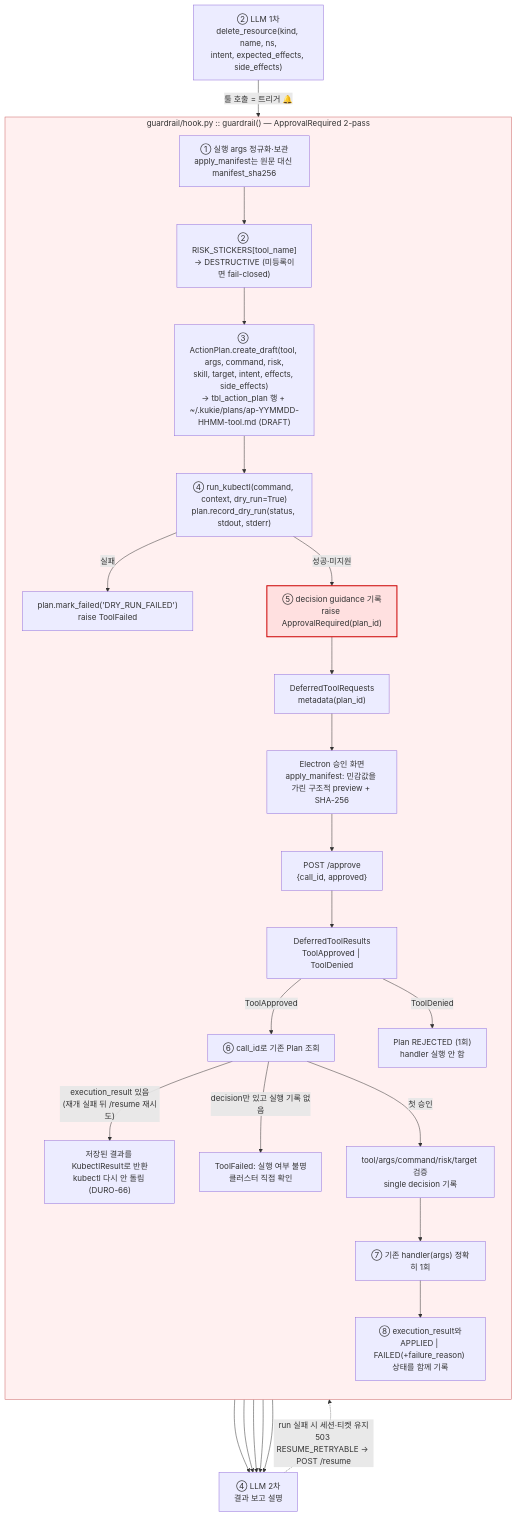
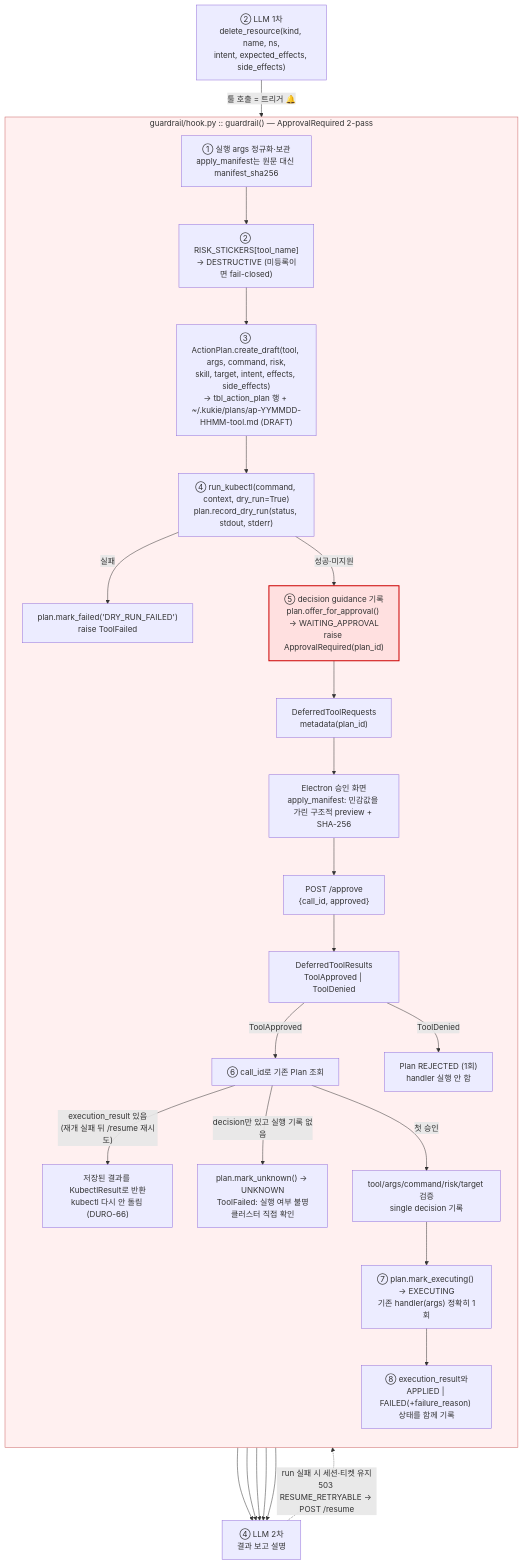
Before and after one commit to durokukie/agent: the second of 3 diagrams in docs/agent-flow.md, drawn with Mermaid. The commit also changed 4 other files, not shown here.

````diff
--- a/docs/agent-flow.md
+++ b/docs/agent-flow.md
@@ -51,36 +51,36 @@
 ```mermaid
 flowchart TD
     L1["② LLM 1차<br/>delete_resource(kind, name, ns,<br/>intent, expected_effects, side_effects)"]
     L1 -->|"툴 호출 = 트리거 🔔"| H
 
     subgraph H["guardrail/hook.py :: guardrail() — ApprovalRequired 2-pass"]
         direction TB
         H1["① 실행 args 정규화·보관<br/>apply_manifest는 원문 대신 manifest_sha256"]
         H1 --> H2["② RISK_STICKERS[tool_name]<br/>→ DESTRUCTIVE (미등록이면 fail-closed)"]
         H2 --> H3["③ ActionPlan.create_draft(tool, args, command, risk,<br/>skill, target, intent, effects, side_effects)<br/>→ tbl_action_plan 행 + ~/.kukie/plans/ap-YYMMDD-HHMM-tool.md (DRAFT)"]
         H3 --> H4["④ run_kubectl(command, context, dry_run=True)<br/>plan.record_dry_run(status, stdout, stderr)"]
         H4 -->|"실패"| H4F["plan.mark_failed('DRY_RUN_FAILED')<br/>raise ToolFailed"]
-        H4 -->|"성공·미지원"| H5["⑤ decision guidance 기록<br/>raise ApprovalRequired(plan_id)"]
+        H4 -->|"성공·미지원"| H5["⑤ decision guidance 기록<br/>plan.offer_for_approval() → WAITING_APPROVAL<br/>raise ApprovalRequired(plan_id)"]
         H5 --> P["DeferredToolRequests<br/>metadata(plan_id)"]
         P --> E["Electron 승인 화면<br/>apply_manifest: 민감값을 가린 구조적 preview + SHA-256"]
         E --> A["POST /approve<br/>{call_id, approved}"]
         A --> D["DeferredToolResults<br/>ToolApproved | ToolDenied"]
         D -->|"ToolApproved"| H5P["⑥ call_id로 기존 Plan 조회"]
         H5P -->|"execution_result 있음<br/>(재개 실패 뒤 /resume 재시도)"| H5X["저장된 결과를 KubectlResult로 반환<br/>kubectl 다시 안 돌림 (DURO-66)"]
-        H5P -->|"decision만 있고 실행 기록 없음"| H5U["ToolFailed: 실행 여부 불명<br/>클러스터 직접 확인"]
+        H5P -->|"decision만 있고 실행 기록 없음"| H5U["plan.mark_unknown() → UNKNOWN<br/>ToolFailed: 실행 여부 불명<br/>클러스터 직접 확인"]
         H5P -->|"첫 승인"| H5A["tool/args/command/risk/target 검증<br/>single decision 기록"]
         D -->|"ToolDenied"| H5R["Plan REJECTED (1회)<br/>handler 실행 안 함"]
-        H5A --> H6["⑦ 기존 handler(args) 정확히 1회"]
+        H5A --> H6["⑦ plan.mark_executing() → EXECUTING<br/>기존 handler(args) 정확히 1회"]
         H6 --> H7["⑧ execution_result와<br/>APPLIED | FAILED(+failure_reason) 상태를 함께 기록"]
     end
 
     H7 --> L2["④ LLM 2차<br/>결과 보고 설명"]
     H5X --> L2
     H5U --> L2
     H4F --> L2
     H5R --> L2
     L2 -.->|"run 실패 시 세션·티켓 유지<br/>503 RESUME_RETRYABLE → POST /resume"| A
 
     style H fill:#fff0f0,stroke:#c66
     style H5 fill:#ffe0e0,stroke:#c00,stroke-width:2px
 ```
````
